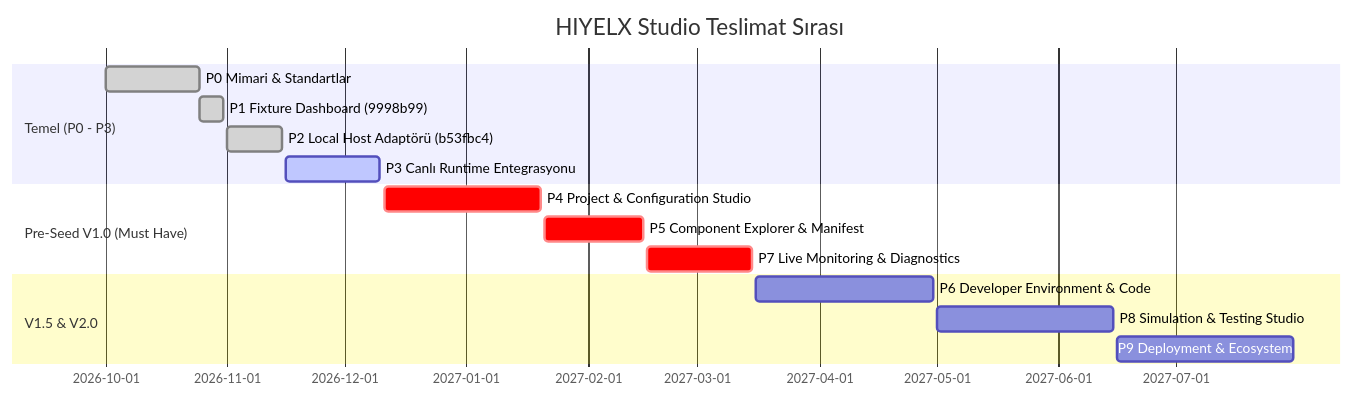
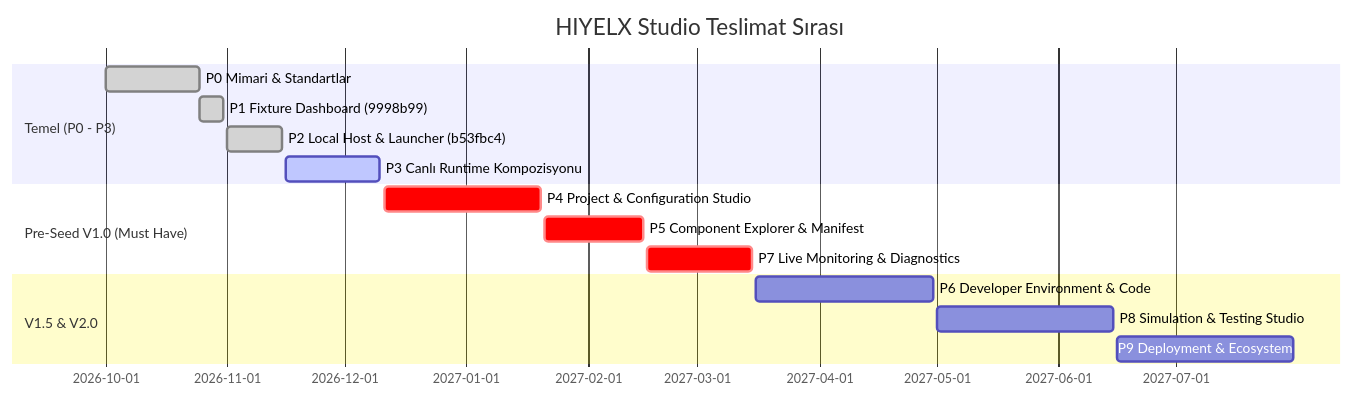
One commit to ulasusakli/hiyelx changed the sixth of 6 diagrams in docs/architecture/studio-engineering-specification.md. Above: the diagram before and after it, drawn with Mermaid. The commit also changed other lines of this file and 4 other files, not shown here.

Commit message:
docs(studio): sync ADR 0002 v1.1, spec, roadmap, and add P3/P4 technical designs

````diff
--- a/docs/architecture/studio-engineering-specification.md
+++ b/docs/architecture/studio-engineering-specification.md
@@ -280,18 +311,18 @@
 ```mermaid
 gantt
     title HIYELX Studio Teslimat Sırası
     dateFormat  YYYY-MM-DD
     section Temel (P0 - P3)
     P0 Mimari & Standartlar           :done,    p0, 2026-10-01, 2026-10-25
     P1 Fixture Dashboard (9998b99)    :done,    p1, 2026-10-25, 2026-10-31
-    P2 Local Host Adaptörü (b53fbc4)  :done,    p2, 2026-11-01, 2026-11-15
-    P3 Canlı Runtime Entegrasyonu     :active,  p3, 2026-11-16, 2026-12-10
+    P2 Local Host & Launcher (b53fbc4):done,    p2, 2026-11-01, 2026-11-15
+    P3 Canlı Runtime Kompozisyonu     :active,  p3, 2026-11-16, 2026-12-10
     section Pre-Seed V1.0 (Must Have)
     P4 Project & Configuration Studio :crit,    p4, 2026-12-11, 2027-01-20
     P5 Component Explorer & Manifest  :crit,    p5, 2027-01-21, 2027-02-15
     P7 Live Monitoring & Diagnostics  :crit,    p7, 2027-02-16, 2027-03-15
     section V1.5 & V2.0
     P6 Developer Environment & Code   :         p6, 2027-03-16, 2027-04-30
     P8 Simulation & Testing Studio    :         p8, 2027-05-01, 2027-06-15
     P9 Deployment & Ecosystem         :         p9, 2027-06-16, 2027-07-31
 ```
````
